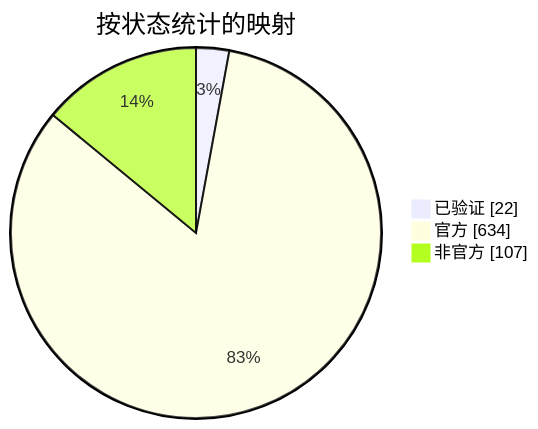
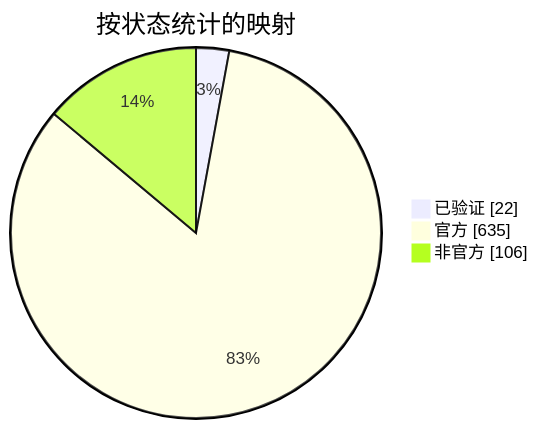
One commit to nobrega8/mbmap-library changed the diagram in docs/readme/README_ZHS.md. Above: the diagram before and after it, drawn with Mermaid. The commit also changed 8 other files, not shown here.

````diff
--- a/docs/readme/README_ZHS.md
+++ b/docs/readme/README_ZHS.md
@@ -54,7 +54,7 @@
 ```mermaid
 pie showData
     title 按状态统计的映射
     "已验证" : 22
-    "官方" : 634
-    "非官方" : 107
+    "官方" : 635
+    "非官方" : 106
 ```
````
